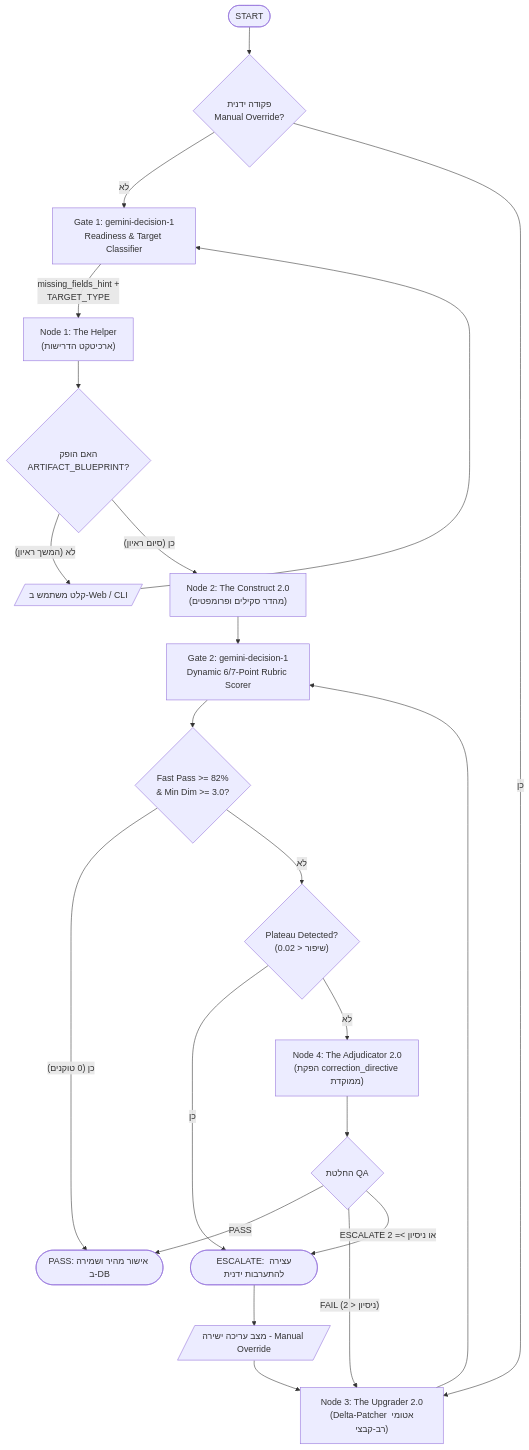
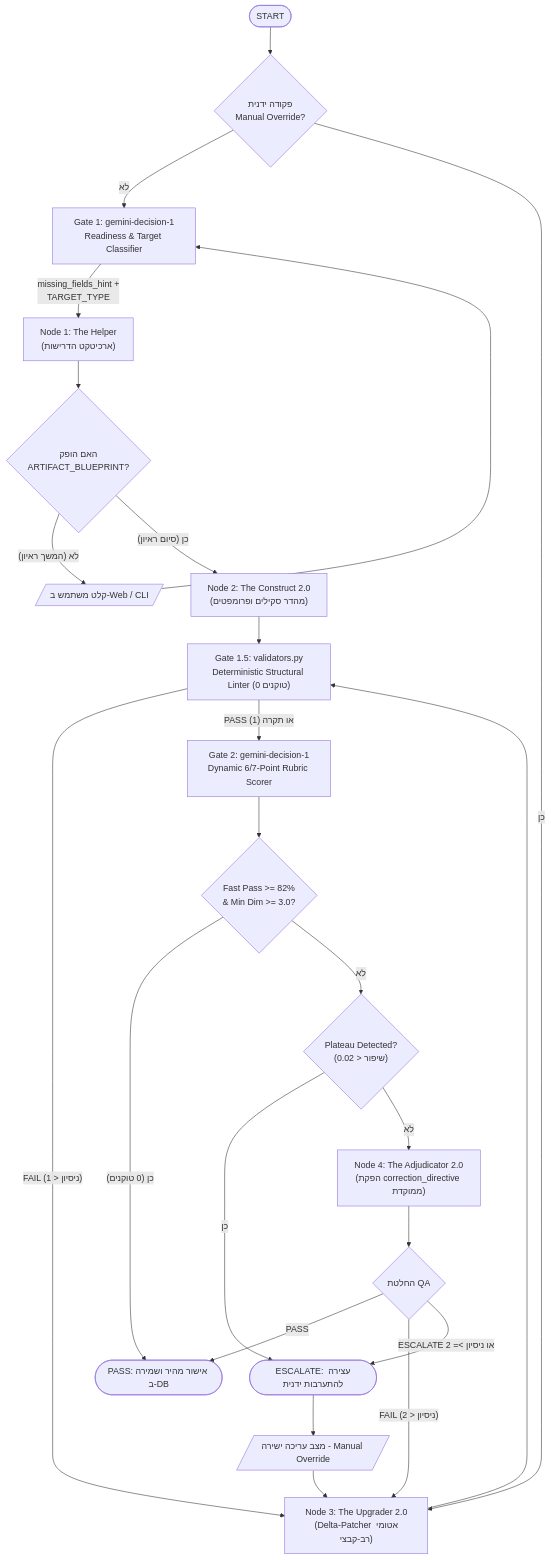
The diagram in README.md (yubranvalde-byte/betterBot), drawn with Mermaid before and after one commit. The commit also changed other lines of this file and 58 other files, not shown here.

Commit message:
feat: add Gate 1.5 linter, AGENTS.md invariants, modular prompts/*.md, and React frontend

````diff
--- a/README.md
+++ b/README.md
@@ -36,28 +36,30 @@
 ```mermaid
 flowchart TD
     Start([START]) --> RouteStart{פקודה ידנית\nManual Override?}
     RouteStart -- לא --> Gate1["Gate 1: gemini-decision-1\nReadiness & Target Classifier"]
     RouteStart -- כן --> Upgrader["Node 3: The Upgrader 2.0\n(Delta-Patcher אטומי רב-קבצי)"]
 
     Gate1 -- "missing_fields_hint +\nTARGET_TYPE" --> Helper["Node 1: The Helper\n(ארכיטקט הדרישות)"]
     Helper --> CheckBlueprint{האם הופק\nARTIFACT_BLUEPRINT?}
     CheckBlueprint -- "לא (המשך ראיון)" --> UserInput[/קלט משתמש ב-Web / CLI/]
     UserInput --> Gate1
     CheckBlueprint -- "כן (סיום ראיון)" --> Construct["Node 2: The Construct 2.0\n(מהדר סקילים ופרומפטים)"]
 
-    Construct --> Gate2["Gate 2: gemini-decision-1\nDynamic 6/7-Point Rubric Scorer"]
-    Upgrader --> Gate2
+    Construct --> Gate15["Gate 1.5: validators.py\nDeterministic Structural Linter (0 טוקנים)"]
+    Upgrader --> Gate15
+    Gate15 -- "FAIL (ניסיון < 1)" --> Upgrader
+    Gate15 -- "PASS או תקרה (1)" --> Gate2["Gate 2: gemini-decision-1\nDynamic 6/7-Point Rubric Scorer"]
 
     Gate2 --> FastCheck{"Fast Pass >= 82%\n& Min Dim >= 3.0?"}
     FastCheck -- "כן (0 טוקנים)" --> EndSuccess([PASS: אישור מהיר ושמירה ב-DB])
     FastCheck -- לא --> PlateauCheck{"Plateau Detected?\n(שיפור < 0.02)"}
     PlateauCheck -- כן --> Escalate([ESCALATE: עצירה להתערבות ידנית])
     PlateauCheck -- לא --> Adjudicator["Node 4: The Adjudicator 2.0\n(הפקת correction_directive ממוקדת)"]
 
     Adjudicator --> RouteQA{החלטת QA}
     RouteQA -- "PASS" --> EndSuccess
     RouteQA -- "FAIL (ניסיון < 2)" --> Upgrader
     RouteQA -- "ESCALATE או ניסיון >= 2" --> Escalate
     Escalate --> ManualOverride[/מצב עריכה ישירה - Manual Override/]
     ManualOverride --> Upgrader
 ```
````
